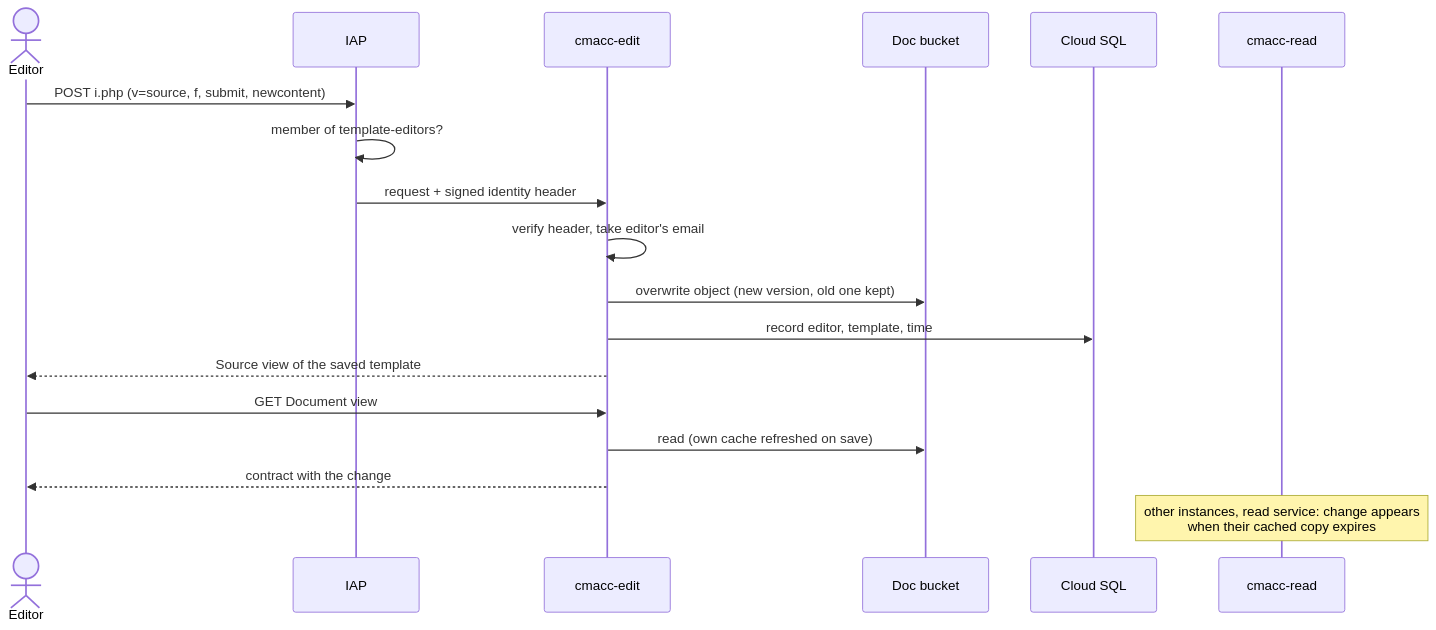
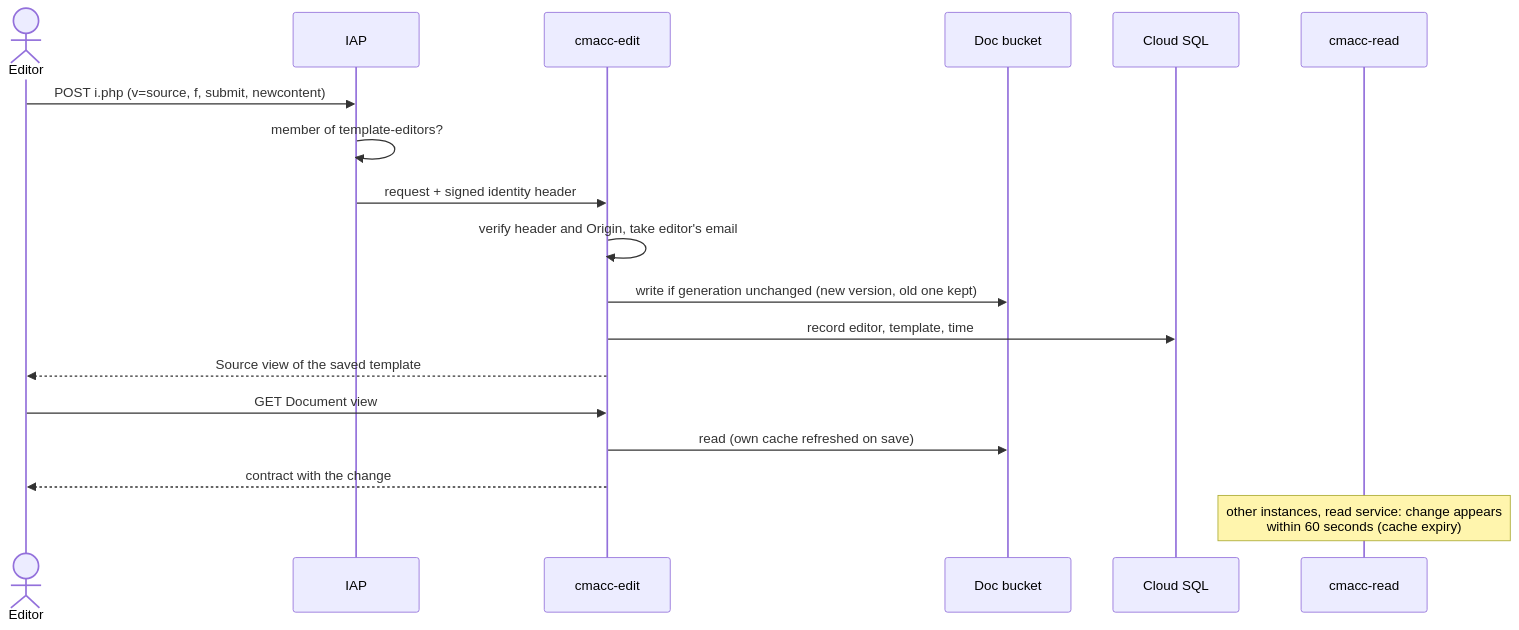
Before and after one commit to CommonAccord/Cmacc-Org: the diagram in docs/use-cases/edit-template.md, drawn with Mermaid. The commit also changed other lines of this file and 11 other files, not shown here.

````diff
--- a/docs/use-cases/edit-template.md
+++ b/docs/use-cases/edit-template.md
@@ -31,21 +32,21 @@
 ```mermaid
 sequenceDiagram
   actor E as Editor
   participant IAP
   participant S as cmacc-edit
   participant B as Doc bucket
   participant D as Cloud SQL
   participant R as cmacc-read
 
   E->>IAP: POST i.php (v=source, f, submit, newcontent)
   IAP->>IAP: member of template-editors?
   IAP->>S: request + signed identity header
-  S->>S: verify header, take editor's email
-  S->>B: overwrite object (new version, old one kept)
+  S->>S: verify header and Origin, take editor's email
+  S->>B: write if generation unchanged (new version, old one kept)
   S->>D: record editor, template, time
   S-->>E: Source view of the saved template
   E->>S: GET Document view
   S->>B: read (own cache refreshed on save)
   S-->>E: contract with the change
-  Note over R: other instances, read service: change appears<br/>when their cached copy expires
+  Note over R: other instances, read service: change appears<br/>within 60 seconds (cache expiry)
 ```
````
